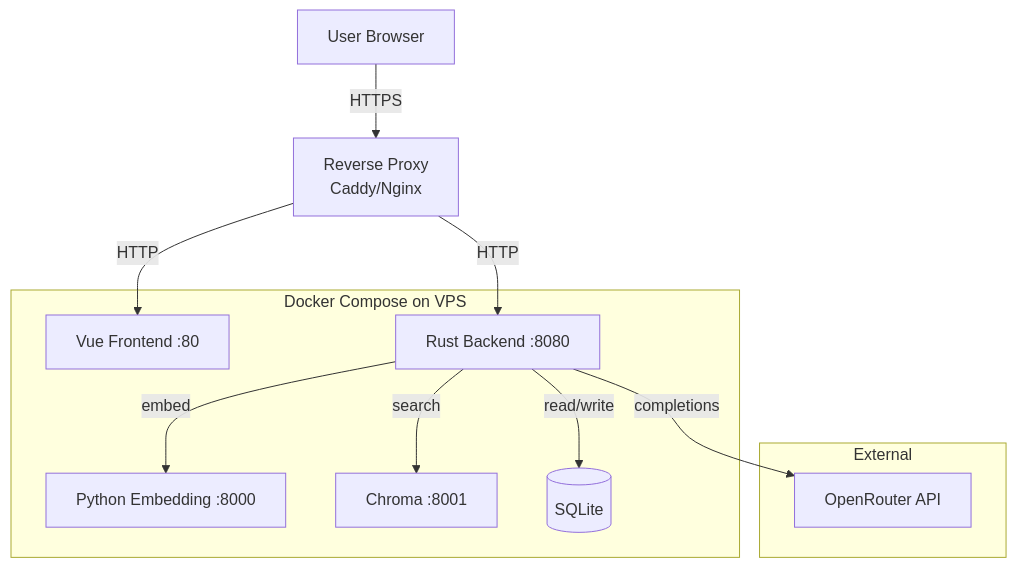
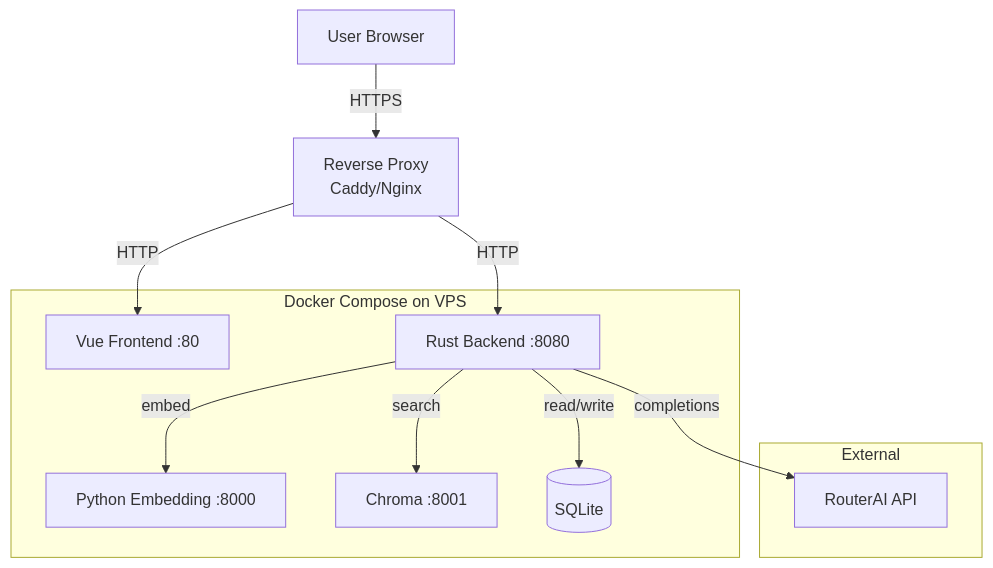
Before and after one commit to n-marusov/vedo-help: the diagram in docs/technical-specification-rag-system.md, drawn with Mermaid. The commit also changed other lines of this file and 23 other files, not shown here.

First line of the commit message:
refactor: replace OpenRouter with RouterAI as LLM provider

````diff
--- a/docs/technical-specification-rag-system.md
+++ b/docs/technical-specification-rag-system.md
@@ -313,23 +313,23 @@
 ```mermaid
 flowchart TB
     User[User Browser] -->|HTTPS| Proxy[Reverse Proxy\nCaddy/Nginx]
     Proxy -->|HTTP| Frontend[Vue Frontend :80]
     Proxy -->|HTTP| Backend[Rust Backend :8080]
     
     Backend -->|embed| Embedding[Python Embedding :8000]
     Backend -->|search| Chroma[Chroma :8001]
-    Backend -->|completions| OpenRouter[OpenRouter API]
+    Backend -->|completions| RouterAI[RouterAI API]
     Backend -->|read/write| SQLite[(SQLite)]
     
     subgraph Docker Compose on VPS
         Frontend
         Backend
         Embedding
         Chroma
         SQLite
     end
     
     subgraph External
-        OpenRouter
+        RouterAI
     end
 ```
````
